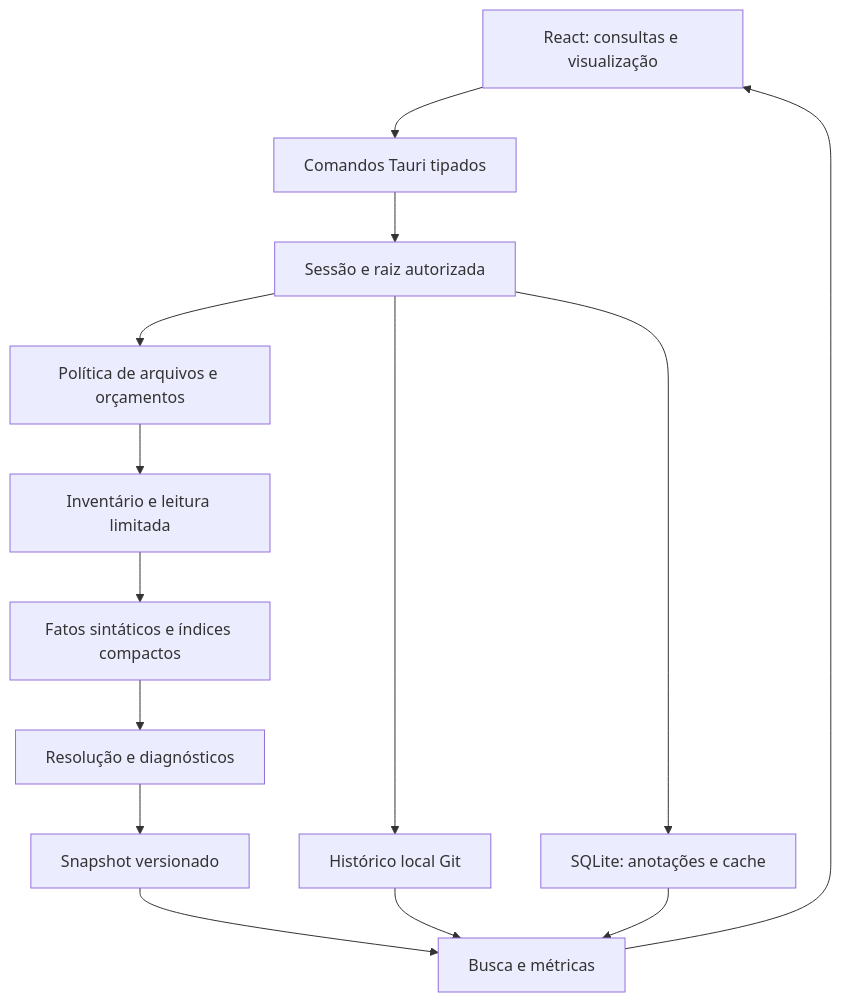
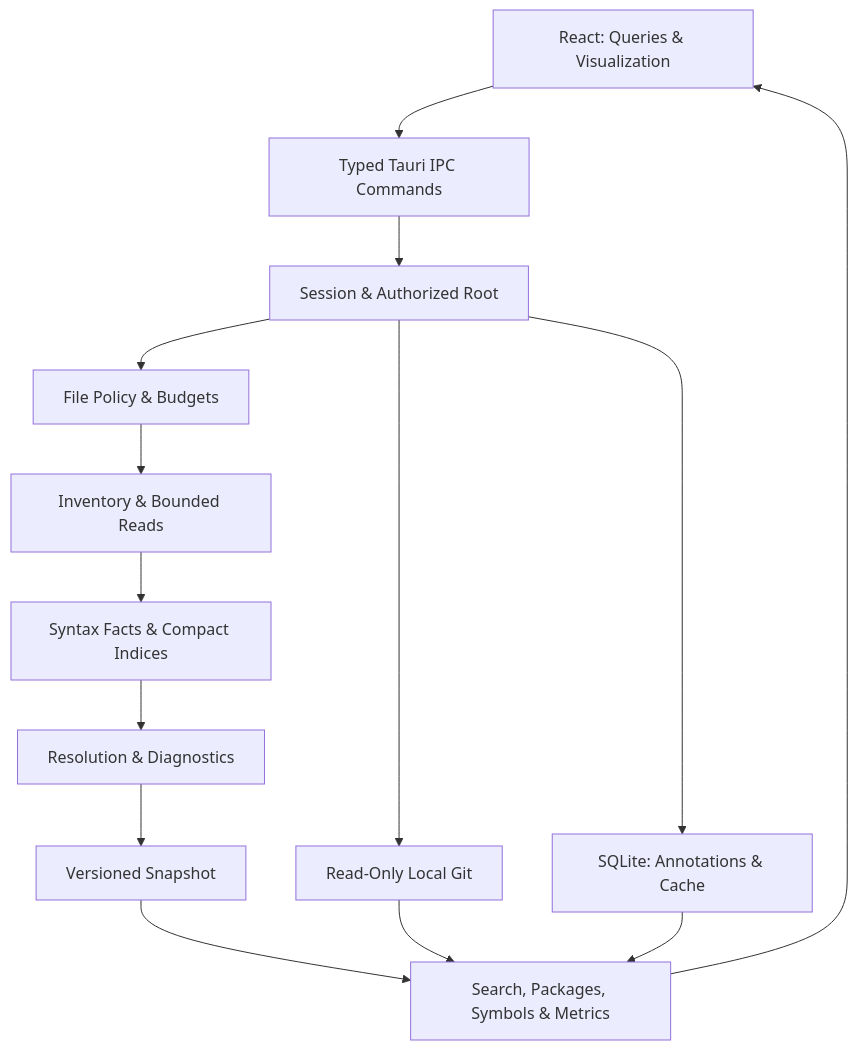
Before and after one commit to RMDomingos20/BeckaRepo: the diagram in docs/ARQUITETURA_ROADMAP.md, drawn with Mermaid. The commit also changed other lines of this file and 15 other files, not shown here.

First line of the commit message:
Update migration and architecture documentation

````diff
--- a/docs/ARQUITETURA_ROADMAP.md
+++ b/docs/ARQUITETURA_ROADMAP.md
@@ -22,16 +17,16 @@
 ```mermaid
 flowchart TD
-  UI[React: consultas e visualização] --> IPC[Comandos Tauri tipados]
-  IPC --> Session[Sessão e raiz autorizada]
-  Session --> Policy[Política de arquivos e orçamentos]
-  Policy --> Scan[Inventário e leitura limitada]
-  Scan --> Facts[Fatos sintáticos e índices compactos]
-  Facts --> Resolve[Resolução e diagnósticos]
-  Resolve --> Graph[Snapshot versionado]
-  Graph --> Queries[Busca e métricas]
+  UI[React: Queries & Visualization] --> IPC[Typed Tauri IPC Commands]
+  IPC --> Session[Session & Authorized Root]
+  Session --> Policy[File Policy & Budgets]
+  Policy --> Scan[Inventory & Bounded Reads]
+  Scan --> Facts[Syntax Facts & Compact Indices]
+  Facts --> Resolve[Resolution & Diagnostics]
+  Resolve --> Graph[Versioned Snapshot]
+  Graph --> Queries[Search, Packages, Symbols & Metrics]
   Queries --> UI
-  Session --> Git[Histórico local Git]
+  Session --> Git[Read-Only Local Git]
   Git --> Queries
-  Session --> Store[SQLite: anotações e cache]
+  Session --> Store[SQLite: Annotations & Cache]
   Store --> Queries
 ```
````
